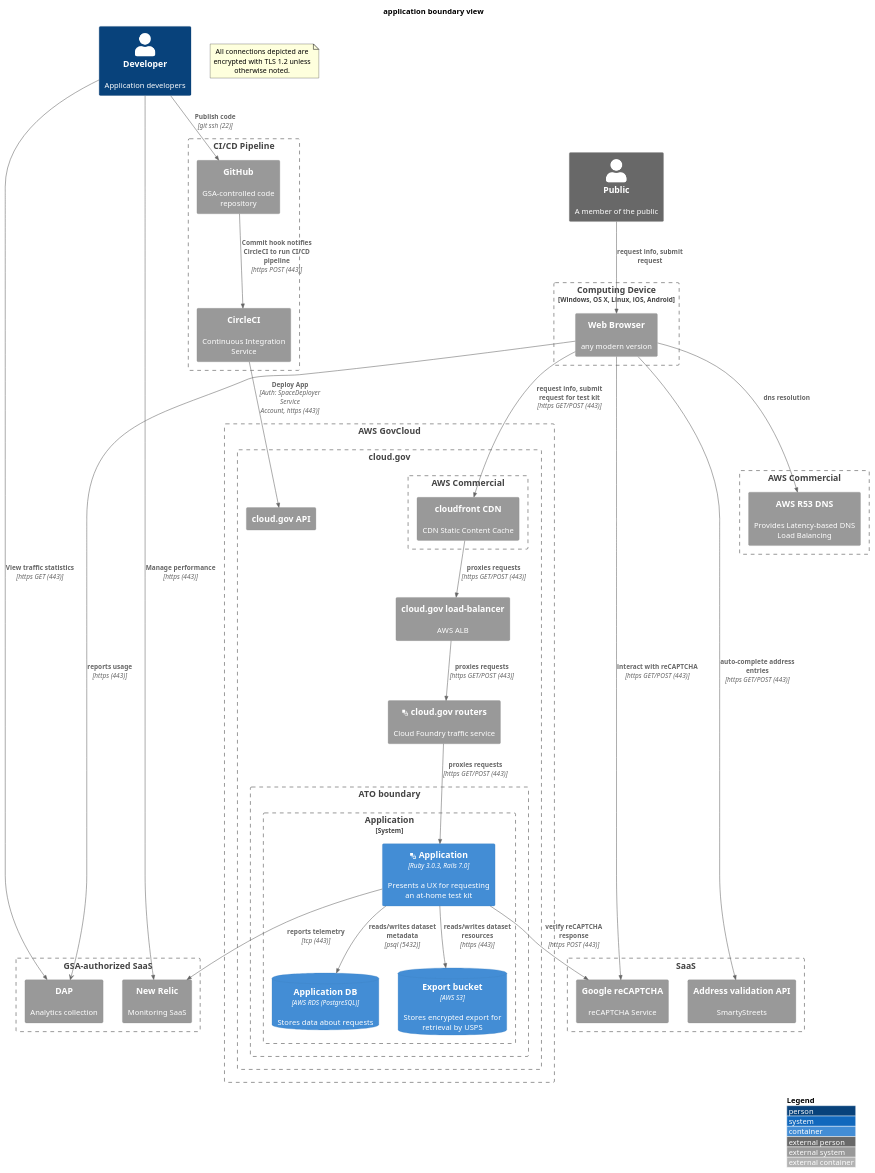
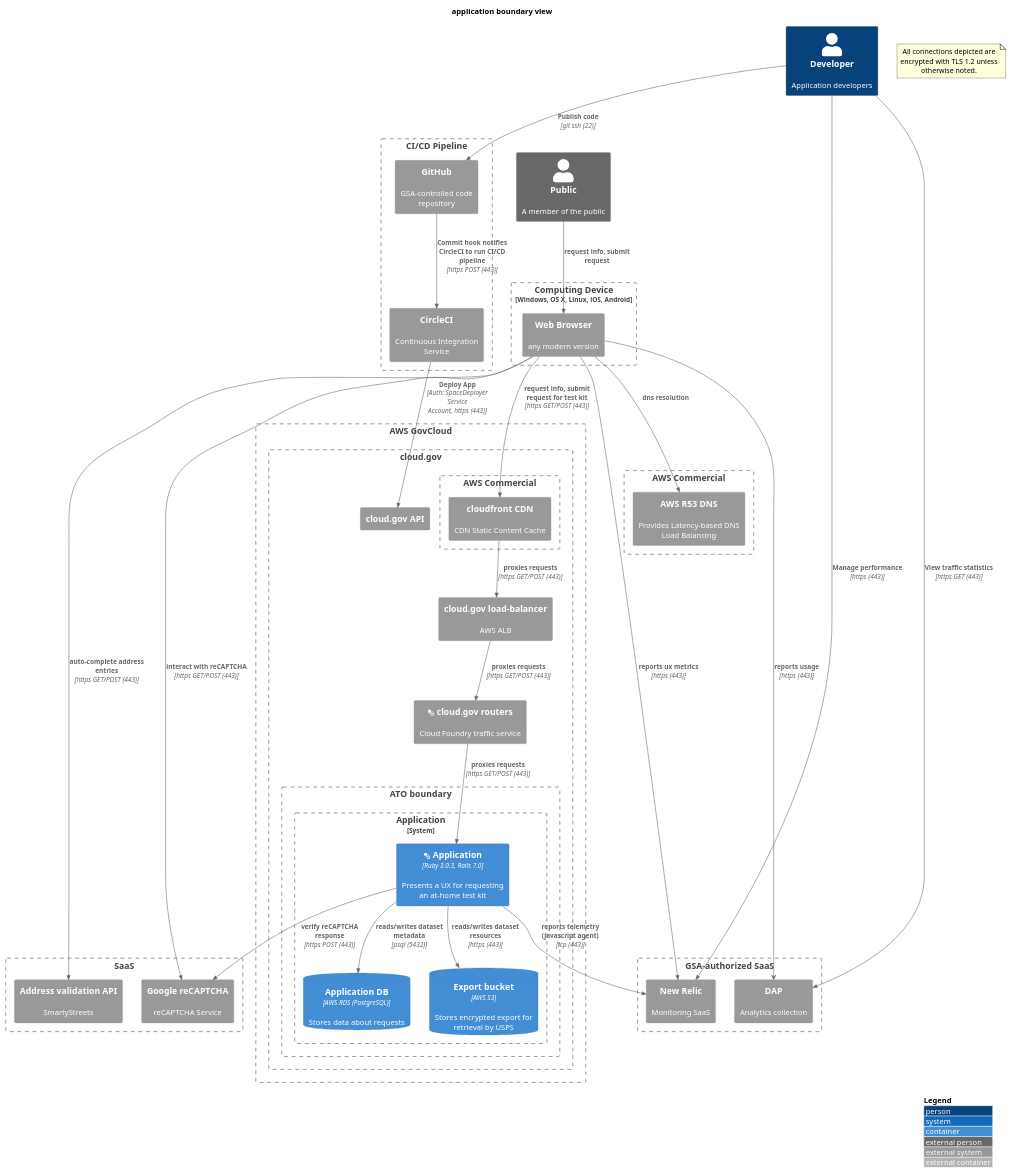
The diagram in doc/compliance/apps/application.boundary.md (usagov/test-at-home), drawn with PlantUML before and after one commit. The commit also changed 1 other file, not shown here.

Commit message:
Add New Relic agent/synthetics reporting

````diff
--- a/doc/compliance/apps/application.boundary.md
+++ b/doc/compliance/apps/application.boundary.md
@@ -5,76 +5,77 @@
 ```plantuml
 @startuml
 !include https://raw.githubusercontent.com/plantuml-stdlib/C4-PlantUML/master/C4_Container.puml
 ' uncomment the following line and comment the first to use locally
 ' !include C4_Container.puml
 LAYOUT_WITH_LEGEND()
 title application boundary view
 
 Person_Ext(public, "Public", "A member of the public")
 
 Boundary(device, "Computing Device", "Windows, OS X, Linux, iOS, Android"){
     System_Ext(browser, "Web Browser", "any modern version")
 }
 Rel(public, browser, "request info, submit request", "")
 Boundary(aws_com, "AWS Commercial") {
     System_Ext(r53, "AWS R53 DNS", "Provides Latency-based DNS Load Balancing")
 }
 Rel(browser, r53, "dns resolution")
 
 note as EncryptionNote
 All connections depicted are encrypted with TLS 1.2 unless otherwise noted.
 end note
 Boundary(aws, "AWS GovCloud") {
     Boundary(cloudgov, "cloud.gov") {
         System_Ext(cg_api, "cloud.gov API")
         Boundary(cg_aws_com, "AWS Commercial") {
             System_Ext(aws_cf, "cloudfront CDN", "CDN Static Content Cache")
         }
         System_Ext(aws_alb, "cloud.gov load-balancer", "AWS ALB")
         System_Ext(cloudgov_router, "<&layers> cloud.gov routers", "Cloud Foundry traffic service")
         Boundary(atob, "ATO boundary") {
             System_Boundary(inventory, "Application") {
                 Container(app, "<&layers> Application", "Ruby 3.0.3, Rails 7.0", "Presents a UX for requesting an at-home test kit")
                 ContainerDb(app_db, "Application DB", "AWS RDS (PostgreSQL)", "Stores data about requests")
                 ContainerDb(app_s3, "Export bucket", "AWS S3", "Stores encrypted export for retrieval by USPS")
             }
         }
     }
 }
 
 
 Boundary(gsa_saas, "GSA-authorized SaaS") {
     System_Ext(dap, "DAP", "Analytics collection")
     System_Ext(newrelic, "New Relic", "Monitoring SaaS")
 }
 browser -> dap : **reports usage** \n//[https (443)]//
-Rel(app, newrelic, "reports telemetry", "tcp (443)")
+Rel(app, newrelic, "reports telemetry (javascript agent)", "tcp (443)")
+Rel(browser, newrelic, "reports ux metrics", "https (443)")
 Rel(browser, aws_cf, "request info, submit request for test kit", "https GET/POST (443)")
 Rel(aws_cf, aws_alb, "proxies requests", "https GET/POST (443)")
 Rel(aws_alb, cloudgov_router, "proxies requests", "https GET/POST (443)")
 Rel(cloudgov_router, app, "proxies requests", "https GET/POST (443)")
 Rel(app, app_db, "reads/writes dataset metadata", "psql (5432)")
 Rel(app, app_s3, "reads/writes dataset resources", "https (443)")
 
 Boundary(other_saas, "SaaS") {
     System_Ext(recaptcha, "Google reCAPTCHA", "reCAPTCHA Service")
     System_Ext(address_api, "Address validation API", "SmartyStreets")
 }
 Rel(browser, address_api, "auto-complete address entries", "https GET/POST (443)")
 Rel(browser, recaptcha, "interact with reCAPTCHA", "https GET/POST (443)")
 Rel(app, recaptcha, "verify reCAPTCHA response", "https POST (443)")
 
 Person(developer, "Developer", "Application developers")
 Boundary(cicd, "CI/CD Pipeline") {
     System_Ext(github, "GitHub", "GSA-controlled code repository")
     System_Ext(circleci, "CircleCI", "Continuous Integration Service")
 }
 Rel(developer, github, "Publish code", "git ssh (22)")
 Rel(github, circleci, "Commit hook notifies CircleCI to run CI/CD pipeline", "https POST (443)")
 Rel(circleci, cg_api, "Deploy App", "Auth: SpaceDeployer Service Account, https (443)")
 Rel(developer, dap, "View traffic statistics", "https GET (443)")
 Rel(developer, newrelic, "Manage performance", "https (443)")
 
 
 @enduml
 ```
````
